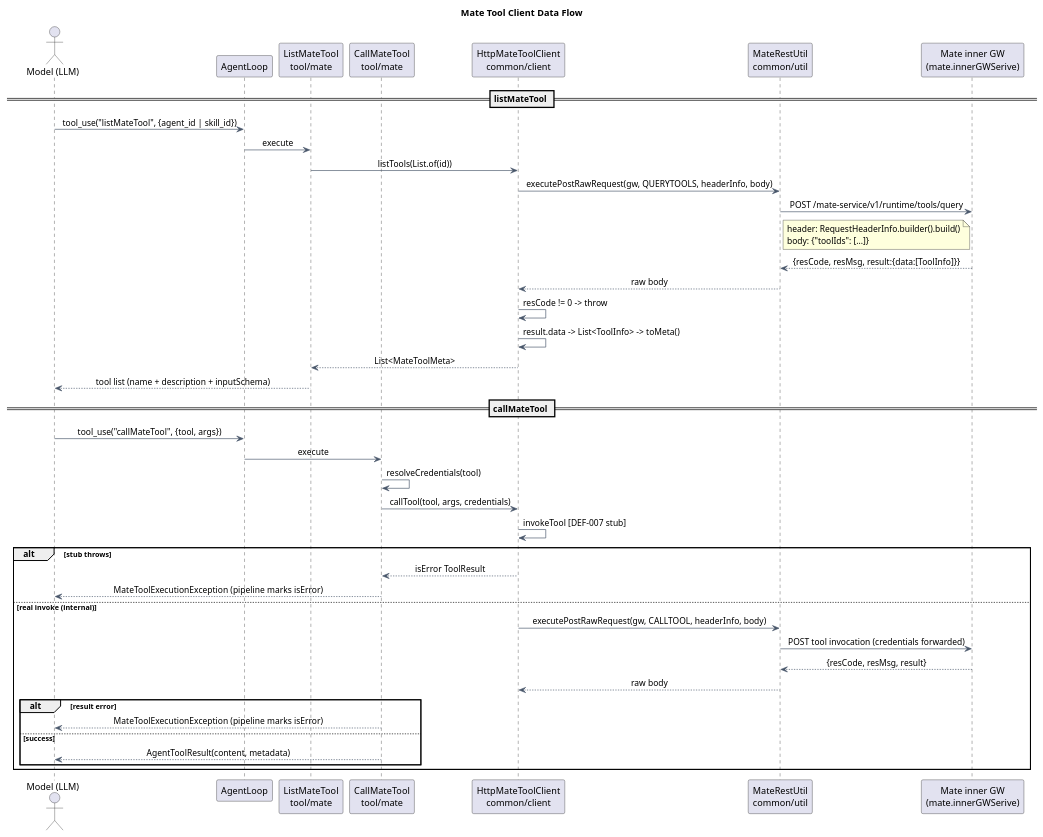
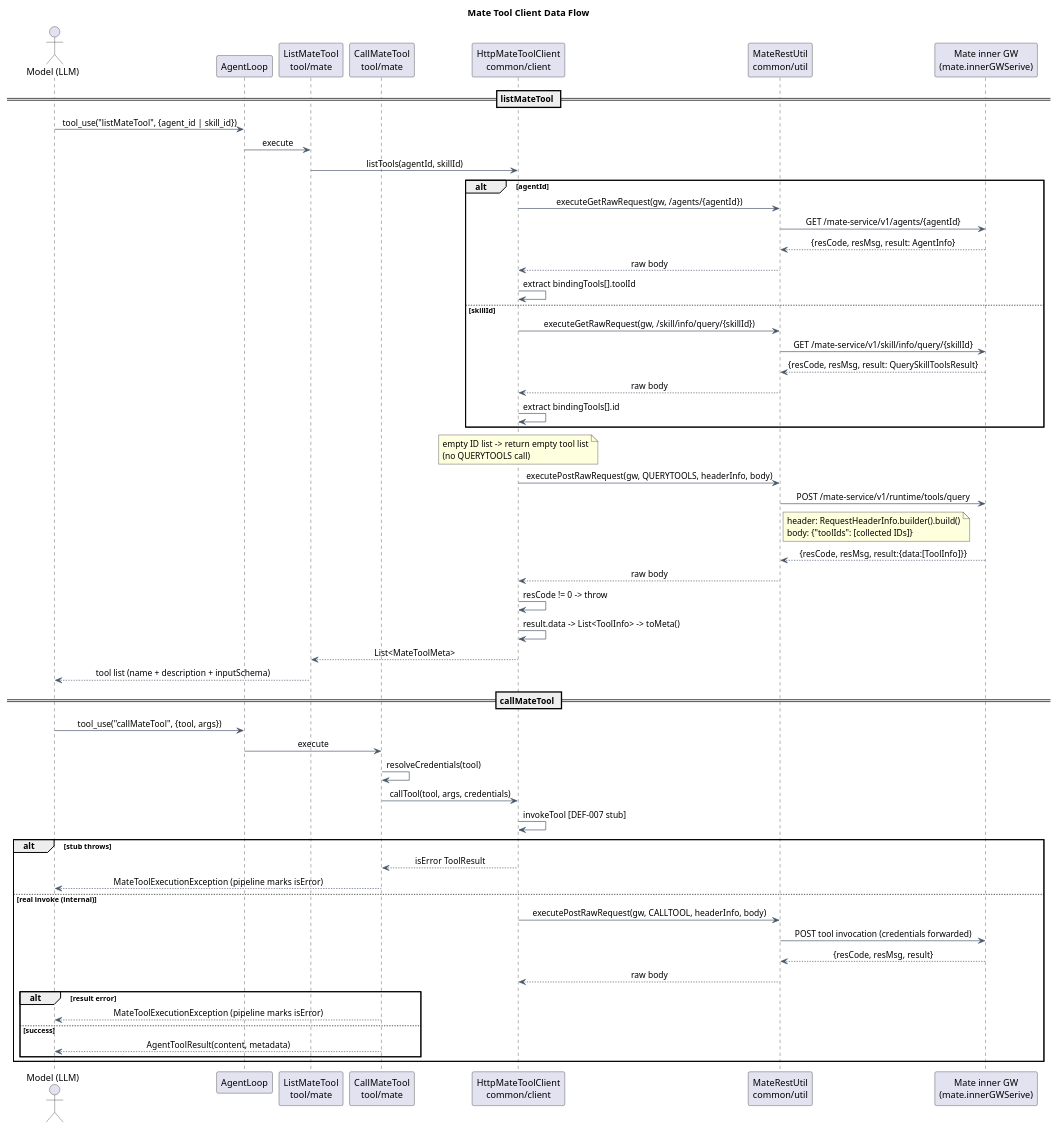
One commit to 2862282695gjh-afk/pi-mono-java changed the second of 2 diagrams in docs/designs/mate-tool-client/diagram.puml. Above: the diagram before and after it, drawn with PlantUML. The commit also changed other lines of this file and 3 other files, not shown here.

First line of the commit message:
docs(mate-tool): 设计文档与图同步两步查询实现

```diff
--- a/docs/designs/mate-tool-client/diagram.puml
+++ b/docs/designs/mate-tool-client/diagram.puml
@@ -107,71 +121,90 @@
 @startuml mate_tool_client_dataflow
 ' Source evidence:
 ' - modules/coding-agent-cli/src/main/java/com/campusclaw/codingagent/tool/mate/CallMateTool.java:
 '   execute (credential hook, error propagation)
 ' - modules/coding-agent-cli/src/main/java/com/campusclaw/codingagent/tool/mate/ListMateTool.java:
-'   execute (toolIdsOf, response formatting)
+'   execute (agent/skill passthrough, response formatting)
 ' - modules/coding-agent-cli/src/main/java/com/campusclaw/codingagent/common/client/HttpMateToolClient.java:
-'   listTools (QUERYTOOLS request/response handling), callTool (stub invoke)
+'   listTools (two-step: agent/skill metadata GET -> binding tool IDs,
+'   then QUERYTOOLS POST), callTool (stub invoke)
 ' - modules/coding-agent-cli/src/main/java/com/campusclaw/codingagent/common/util/MateRestUtil.java:
 '   executePostRawRequest, resCode/resMsg/result envelope
 ' Source baseline: superheromeZzh/pi-mono-java main + this PR head
-' Observed behavior: listMateTool maps agent_id/skill_id to a tool-ID list and
-' POSTs QUERYTOOLS credential-free; callMateTool forwards the call with
+' Observed behavior: listMateTool resolves bound tool IDs from agent/skill
+' metadata (GET), then POSTs QUERYTOOLS credential-free with those IDs;
+' callMateTool forwards the call with
 ' resolveCredentials() output; errors become exceptions so the pipeline marks
 ' isError=true.
 ' Design reason: stateless tools with per-call credential resolution avoid
 ' cross-session leakage on the process-wide singleton client.
 
 skinparam backgroundColor white
 skinparam shadowing false
 skinparam ArrowColor #475569
 skinparam SequenceMessageAlignment center
 
 title Mate Tool Client Data Flow
 
 actor "Model (LLM)" as llm
 participant "AgentLoop" as loop
 participant "ListMateTool\ntool/mate" as listTool
 participant "CallMateTool\ntool/mate" as callTool
 participant "HttpMateToolClient\ncommon/client" as http
 participant "MateRestUtil\ncommon/util" as rest
 participant "Mate inner GW\n(mate.innerGWSerive)" as gw
 
 == listMateTool ==
 llm -> loop: tool_use("listMateTool", {agent_id | skill_id})
 loop -> listTool: execute
-listTool -> http: listTools(List.of(id))
+listTool -> http: listTools(agentId, skillId)
+alt agentId
+  http -> rest: executeGetRawRequest(gw, /agents/{agentId})
+  rest -> gw: GET /mate-service/v1/agents/{agentId}
+  gw --> rest: {resCode, resMsg, result: AgentInfo}
+  rest --> http: raw body
+  http -> http: extract bindingTools[].toolId
+else skillId
+  http -> rest: executeGetRawRequest(gw, /skill/info/query/{skillId})
+  rest -> gw: GET /mate-service/v1/skill/info/query/{skillId}
+  gw --> rest: {resCode, resMsg, result: QuerySkillToolsResult}
+  rest --> http: raw body
+  http -> http: extract bindingTools[].id
+end
+note over http
+  empty ID list -> return empty tool list
+  (no QUERYTOOLS call)
+end note
 http -> rest: executePostRawRequest(gw, QUERYTOOLS, headerInfo, body)
 rest -> gw: POST /mate-service/v1/runtime/tools/query
 note right of rest
   header: RequestHeaderInfo.builder().build()
-  body: {"toolIds": [...]}
+  body: {"toolIds": [collected IDs]}
 end note
 gw --> rest: {resCode, resMsg, result:{data:[ToolInfo]}}
 rest --> http: raw body
 http -> http: resCode != 0 -> throw
 http -> http: result.data -> List<ToolInfo> -> toMeta()
 http --> listTool: List<MateToolMeta>
 listTool --> llm: tool list (name + description + inputSchema)
 
 == callMateTool ==
 llm -> loop: tool_use("callMateTool", {tool, args})
 loop -> callTool: execute
 callTool -> callTool: resolveCredentials(tool)
 callTool -> http: callTool(tool, args, credentials)
 http -> http: invokeTool [DEF-007 stub]
 alt stub throws
   http --> callTool: isError ToolResult
   callTool --> llm: MateToolExecutionException (pipeline marks isError)
 else real invoke (internal)
   http -> rest: executePostRawRequest(gw, CALLTOOL, headerInfo, body)
   rest -> gw: POST tool invocation (credentials forwarded)
   gw --> rest: {resCode, resMsg, result}
   rest --> http: raw body
   alt result error
     callTool --> llm: MateToolExecutionException (pipeline marks isError)
   else success
     callTool --> llm: AgentToolResult(content, metadata)
   end
 end
 @enduml
```
